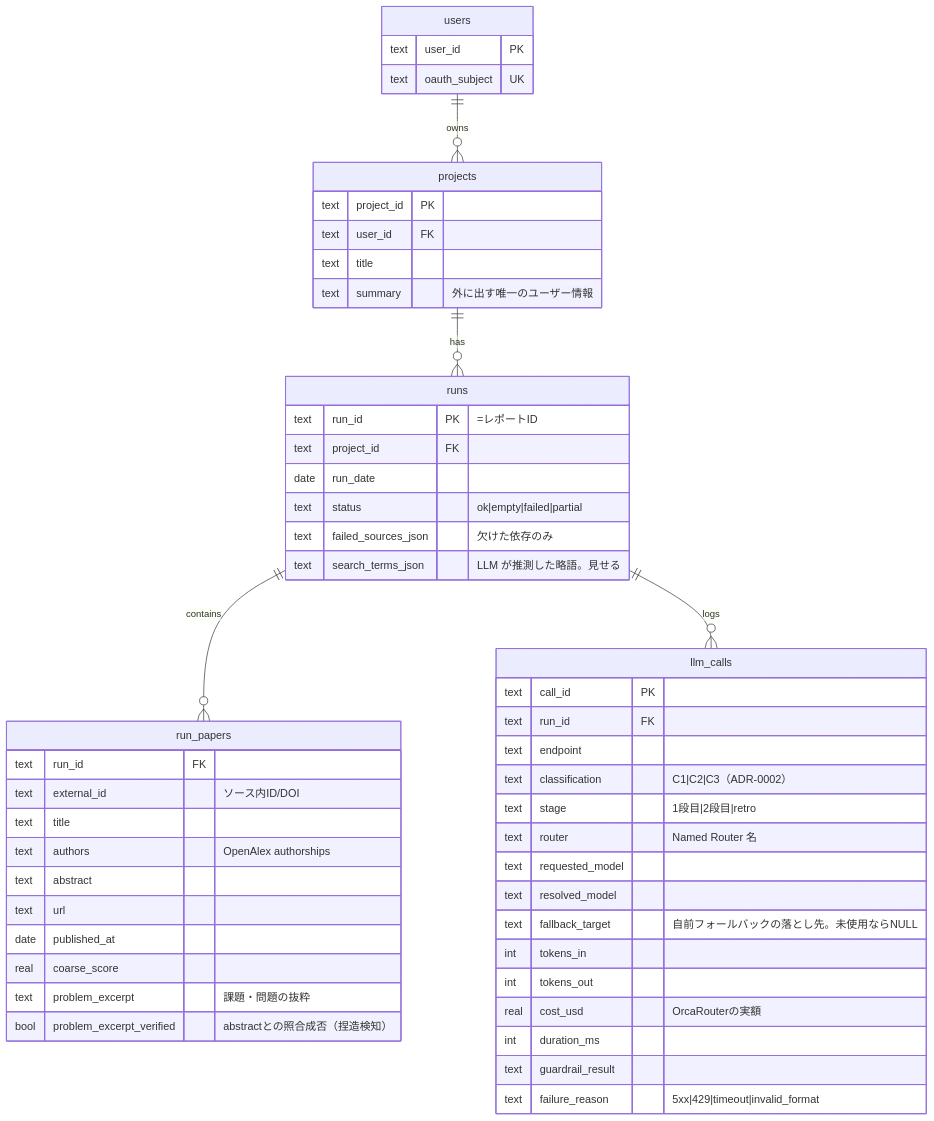
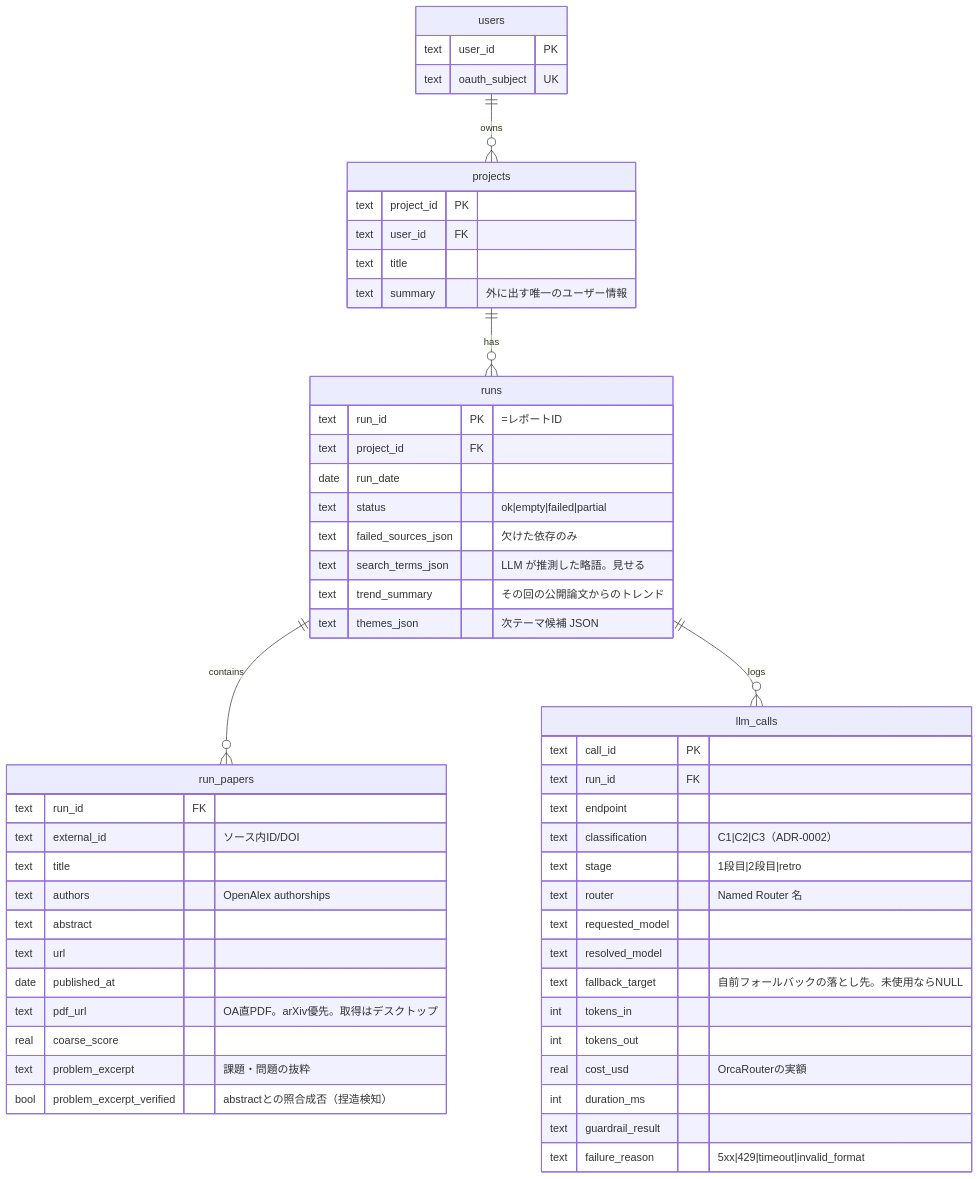
The first of 2 diagrams in docs/er-diagram.md (uzak0209/AI-Research), drawn with Mermaid before and after one commit. The commit also changed other lines of this file and 52 other files, not shown here.

````diff
--- a/docs/er-diagram.md
+++ b/docs/er-diagram.md
@@ -32,55 +32,58 @@
 ```mermaid
 erDiagram
     users ||--o{ projects : owns
     projects ||--o{ runs : has
     runs ||--o{ run_papers : contains
     runs ||--o{ llm_calls : logs
 
     users {
         text user_id PK
         text oauth_subject UK
     }
     projects {
         text project_id PK
         text user_id FK
         text title
         text summary "外に出す唯一のユーザー情報"
     }
     runs {
         text run_id PK "=レポートID"
         text project_id FK
         date run_date
         text status "ok|empty|failed|partial"
         text failed_sources_json "欠けた依存のみ"
         text search_terms_json "LLM が推測した略語。見せる"
+        text trend_summary "その回の公開論文からのトレンド"
+        text themes_json "次テーマ候補 JSON"
     }
     run_papers {
         text run_id FK
         text external_id "ソース内ID/DOI"
         text title
         text authors "OpenAlex authorships"
         text abstract
         text url
         date published_at
+        text pdf_url "OA直PDF。arXiv優先。取得はデスクトップ"
         real coarse_score
         text problem_excerpt "課題・問題の抜粋"
         bool problem_excerpt_verified "abstractとの照合成否（捏造検知）"
     }
     llm_calls {
         text call_id PK
         text run_id FK
         text endpoint
         text classification "C1|C2|C3（ADR-0002）"
         text stage "1段目|2段目|retro"
         text router "Named Router 名"
         text requested_model
         text resolved_model
         text fallback_target "自前フォールバックの落とし先。未使用ならNULL"
         int tokens_in
         int tokens_out
         real cost_usd "OrcaRouterの実額"
         int duration_ms
         text guardrail_result
         text failure_reason "5xx|429|timeout|invalid_format"
     }
 ```
````
